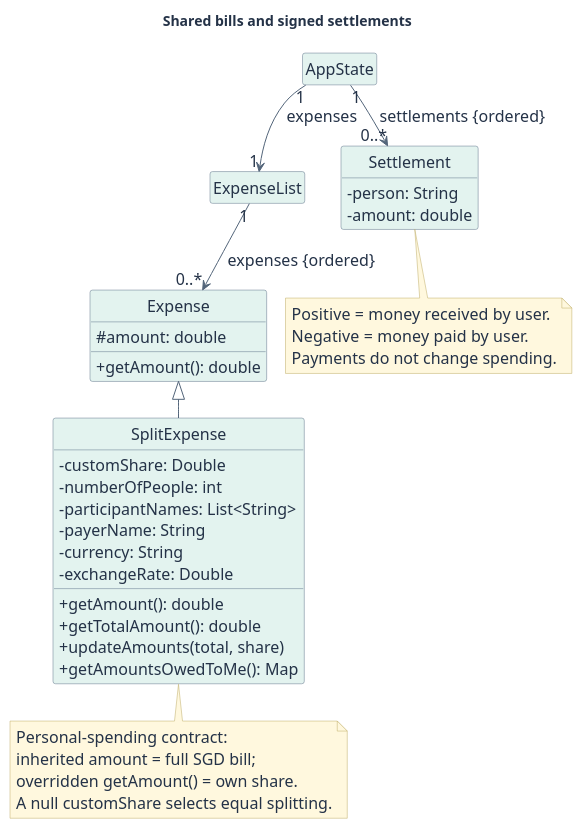
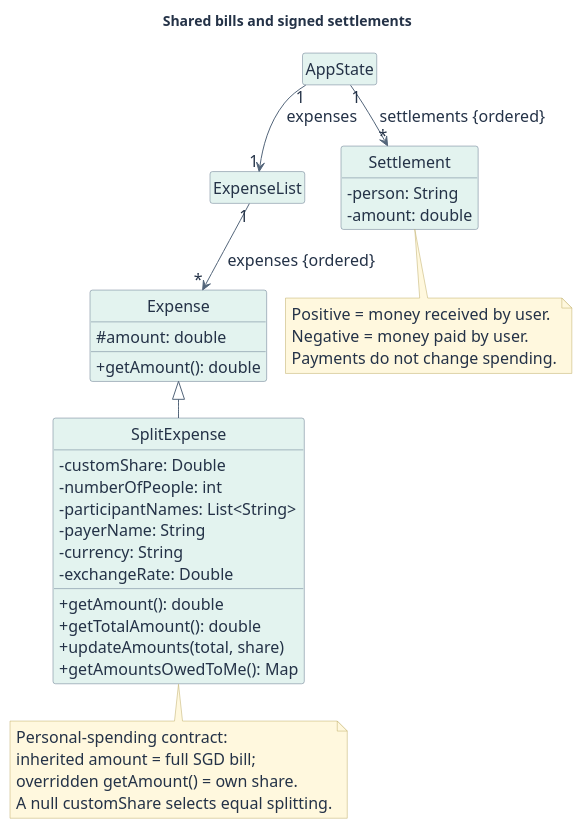
One commit to AY2627S1-CS2113-W10-1/tp changed the diagram in docs/diagrams/SplitLedgerModel.puml. Above: the diagram before and after it, drawn with PlantUML. The commit also changed 18 other files, not shown here.

```diff
--- a/docs/diagrams/SplitLedgerModel.puml
+++ b/docs/diagrams/SplitLedgerModel.puml
@@ -1,59 +1,59 @@
 @startuml
 !pragma layout smetana
 skinparam shadowing false
 skinparam backgroundColor #FFFFFF
 skinparam defaultFontColor #243247
 skinparam defaultFontName Arial
 skinparam defaultFontSize 16
 skinparam ArrowColor #53657A
 skinparam NoteBackgroundColor #FFF8DE
 skinparam NoteBorderColor #BDAA65
 skinparam classBorderColor #60758A
 skinparam classBackgroundColor #E3F3EF
 skinparam classAttributeIconSize 0
 skinparam sequenceLifeLineBackgroundColor #E2EDFC
 skinparam sequenceLifeLineBorderColor #A5B1BE
 skinparam sequenceGroupBackgroundColor #F4F6F9
 skinparam maxMessageSize 180
 hide empty members
 hide circle
 hide footbox
 title Shared bills and signed settlements
 class Expense {
   #amount: double
   +getAmount(): double
 }
 class SplitExpense {
   -customShare: Double
   -numberOfPeople: int
   -participantNames: List<String>
   -payerName: String
   -currency: String
   -exchangeRate: Double
   +getAmount(): double
   +getTotalAmount(): double
   +updateAmounts(total, share)
   +getAmountsOwedToMe(): Map
 }
 class ExpenseList
 class AppState
 class Settlement {
   -person: String
   -amount: double
 }
 Expense <|-- SplitExpense
-AppState "1" --> "1" ExpenseList : expenses
-ExpenseList "1" --> "0..*" Expense : expenses {ordered}
-AppState "1" --> "0..*" Settlement : settlements {ordered}
+AppState "1" --> "1" ExpenseList : expenses >
+ExpenseList "1" --> "*" Expense : expenses {ordered} >
+AppState "1" --> "*" Settlement : settlements {ordered} >
 note bottom of SplitExpense
   Personal-spending contract:
   inherited amount = full SGD bill;
   overridden getAmount() = own share.
   A null customShare selects equal splitting.
 end note
 note bottom of Settlement
   Positive = money received by user.
   Negative = money paid by user.
   Payments do not change spending.
 end note
 @enduml
```
